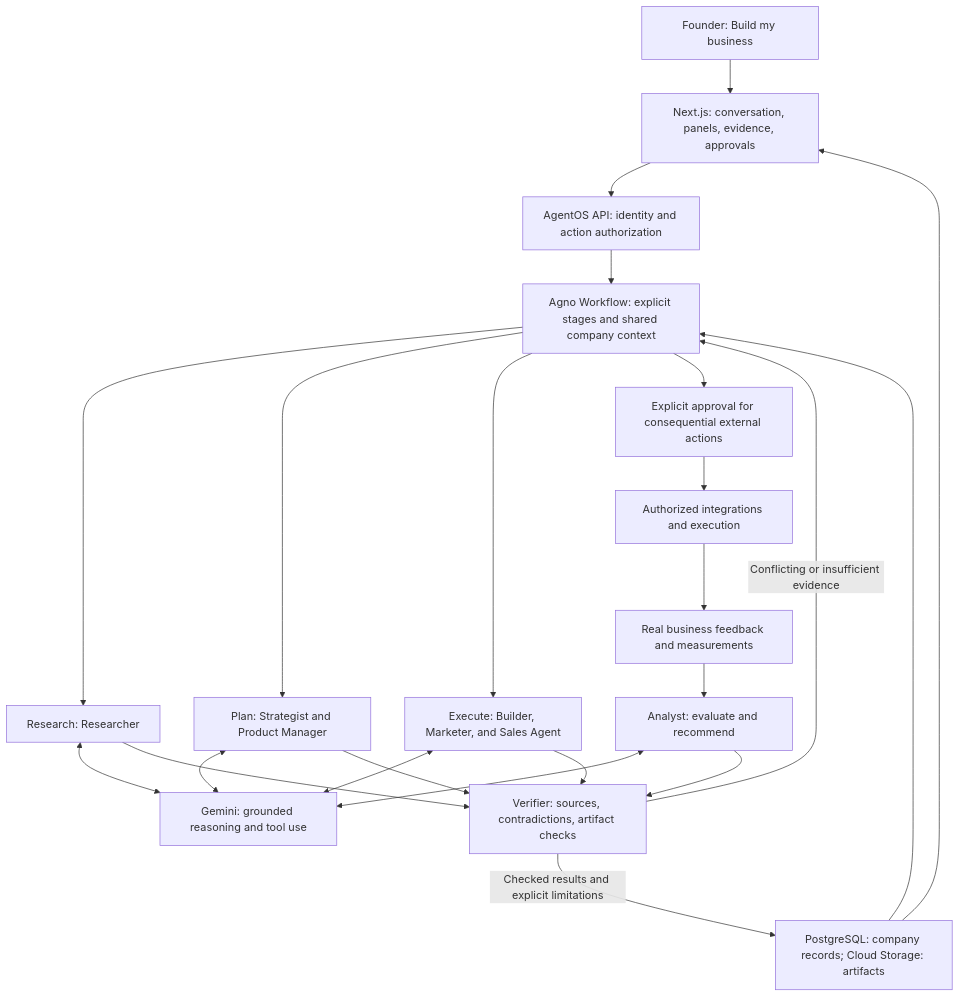
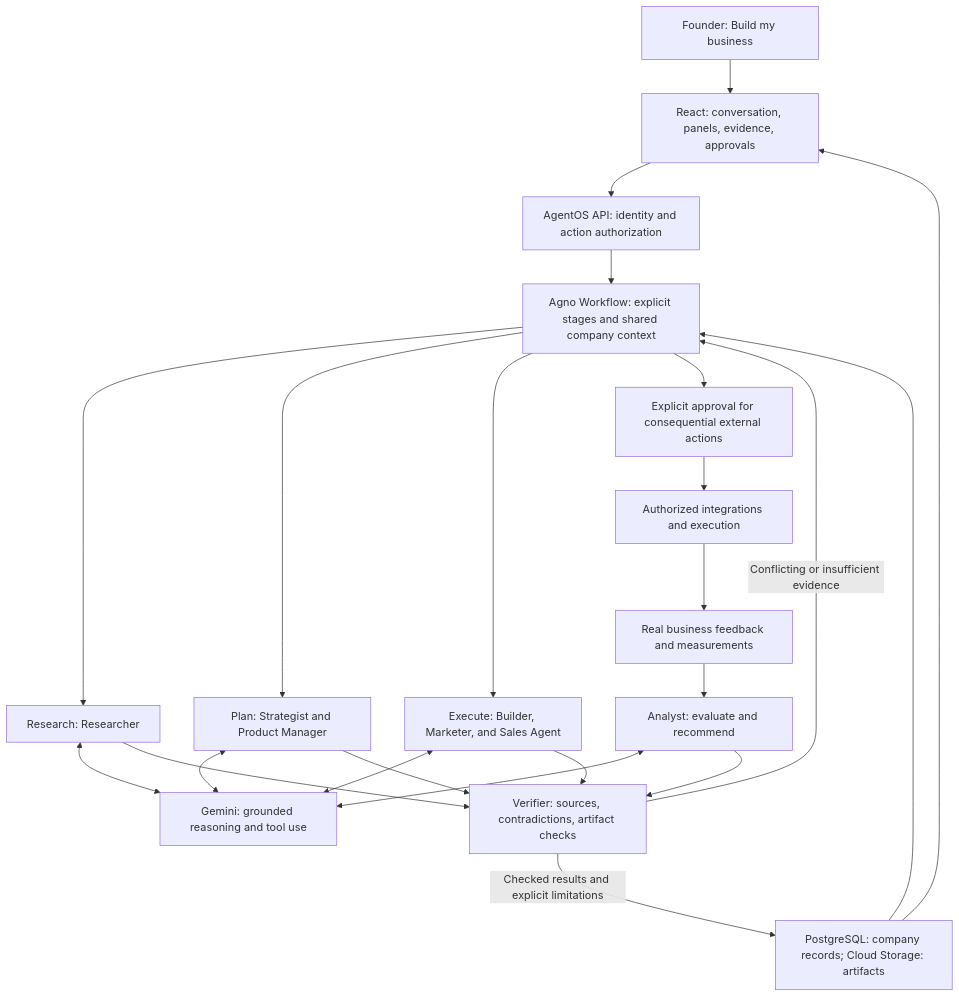
Before and after one commit to OveRide-Phoenix/team-samurai: the diagram in README.md, drawn with Mermaid. The commit also changed other lines of this file and 62 other files, not shown here.

````diff
--- a/README.md
+++ b/README.md
@@ -68,25 +68,25 @@
 ```mermaid
 flowchart TD
-    Founder["Founder: Build my business"] --> Workspace["Next.js: conversation, panels, evidence, approvals"]
+    Founder["Founder: Build my business"] --> Workspace["React: conversation, panels, evidence, approvals"]
     Workspace --> Boundary["AgentOS API: identity and action authorization"]
     Boundary --> Orchestrator["Agno Workflow: explicit stages and shared company context"]
     Orchestrator --> Research["Research: Researcher"]
     Orchestrator --> Plan["Plan: Strategist and Product Manager"]
     Orchestrator --> Execute["Execute: Builder, Marketer, and Sales Agent"]
     Research <--> Gemini["Gemini: grounded reasoning and tool use"]
     Plan <--> Gemini
     Execute <--> Gemini
     Research --> Verifier["Verifier: sources, contradictions, artifact checks"]
     Plan --> Verifier
     Execute --> Verifier
     Verifier -->|"Conflicting or insufficient evidence"| Orchestrator
     Verifier -->|"Checked results and explicit limitations"| State["PostgreSQL: company records; Cloud Storage: artifacts"]
     State --> Workspace
     State --> Orchestrator
     Orchestrator --> Approval["Explicit approval for consequential external actions"]
     Approval --> Tools["Authorized integrations and execution"]
     Tools --> Measurements["Real business feedback and measurements"]
     Measurements --> Analyst["Analyst: evaluate and recommend"]
     Analyst <--> Gemini
     Analyst --> Verifier
 ```
````
